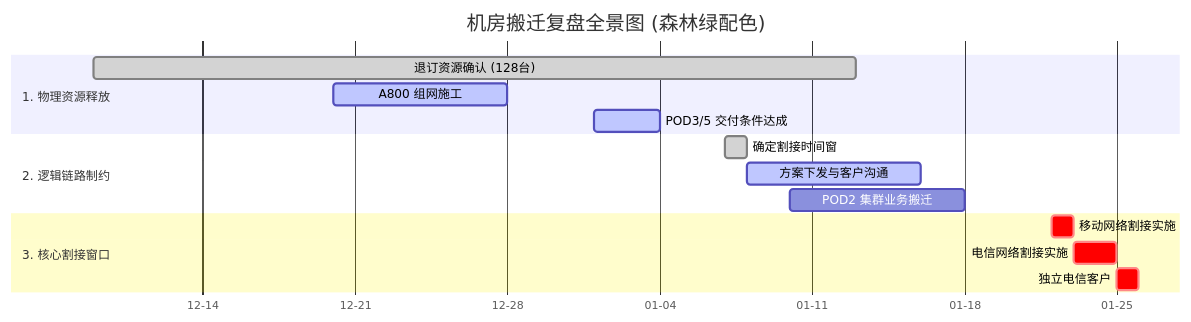
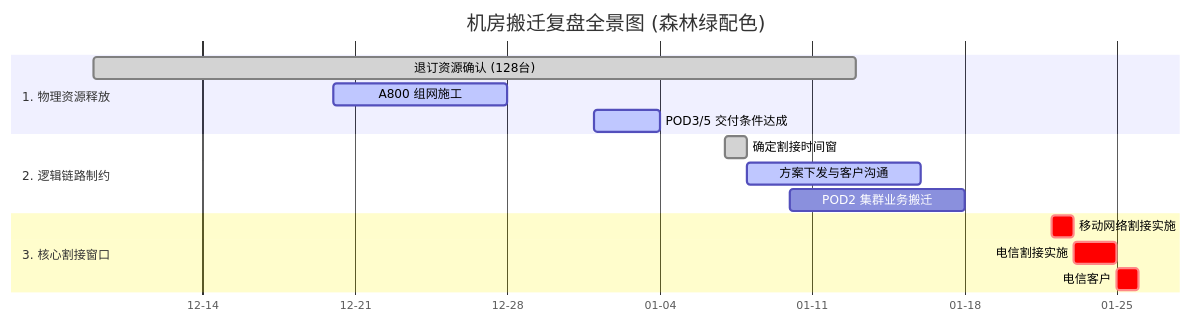
One commit to lasonlixin/iodraw-files changed the diagram in all/未命名.md. Above: the diagram before and after it, drawn with Mermaid.

Commit message:
2026-02-03 10:54:56 update

````diff
--- a/all/未命名.md
+++ b/all/未命名.md
@@ -1,45 +1,45 @@
 ```mermaid
 %%{init: {
   'theme': 'base',
   'themeVariables': {
     'fontFamily': 'arial, sans-serif',
     'fontSize': '14px',
     /* 全局背景与文字 */
     'primaryColor': '#c8e6c9',
     'primaryTextColor': '#1b5e20',
     'primaryBorderColor': '#81c784',
     /* 已完成任务（浅绿） */
     'doneSectionBkgColor': '#f1f8e9',
     'doneSectionBorderColor': '#c5e1a5',
     /* 进行中/活动任务（翠绿） */
     'activeSectionBkgColor': '#a5d6a7',
     'activeSectionBorderColor': '#66bb6a',
     /* 关键路径/核心割接（深绿 - 保证文字对比度） */
     'critSectionBkgColor': '#2e7d32',
     'critSectionBorderColor': '#1b5e20',
     'critTextColor': '#ffffff',
     /* 连线与轴 */
     'lineColor': '#4caf50',
     'gridColor': '#e8f5e9'
   }
 }}%%
 gantt
     title 机房搬迁复盘全景图 (森林绿配色)
     dateFormat  YYYY-MM-DD
     axisFormat %m-%d
 
     section 1. 物理资源释放
     退订资源确认 (128台)           :done, a1, 2025-12-09, 2026-01-13
     A800 组网施工                 :active, a2, 2025-12-20, 2025-12-28
     POD3/5 交付条件达成            :active, a3, 2026-01-01, 2026-01-04
 
     section 2. 逻辑链路制约
     确定割接时间窗                :done, b1, 2026-01-07, 1d
     方案下发与客户沟通            :active, b2, 2026-01-08, 2026-01-16
     POD2 集群业务搬迁             :b3, 2026-01-10, 2026-01-18
 
     section 3. 核心割接窗口
     移动网络割接实施              :crit, c1, 2026-01-22, 1d
-    电信网络割接实施              :crit, c2, 2026-01-23, 2d
-    独立电信客户             :crit, c3, after c2, 1d
+    电信割接实施              :crit, c2, 2026-01-23, 2d
+    电信客户             :crit, c3, after c2, 1d
 ```
````
